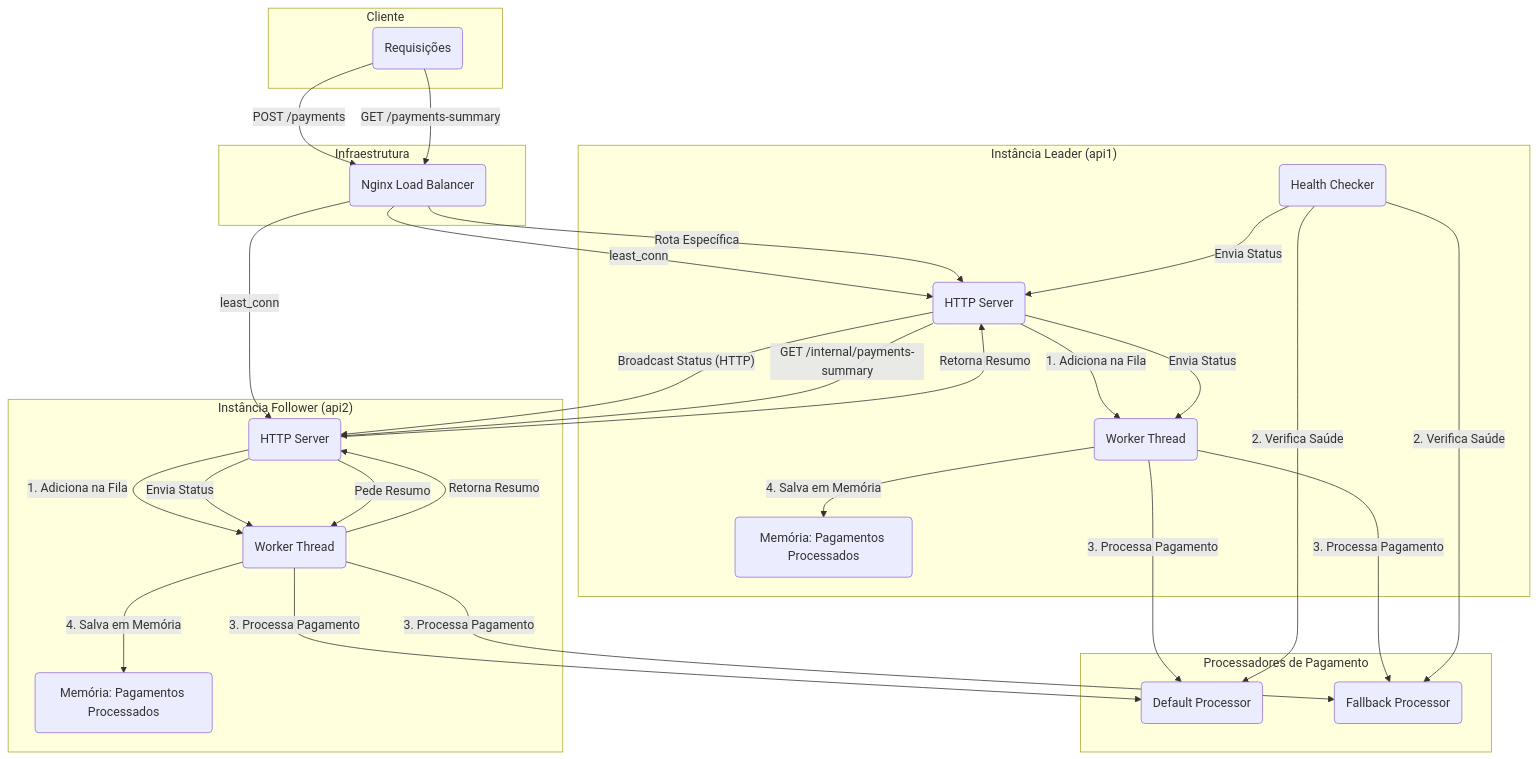
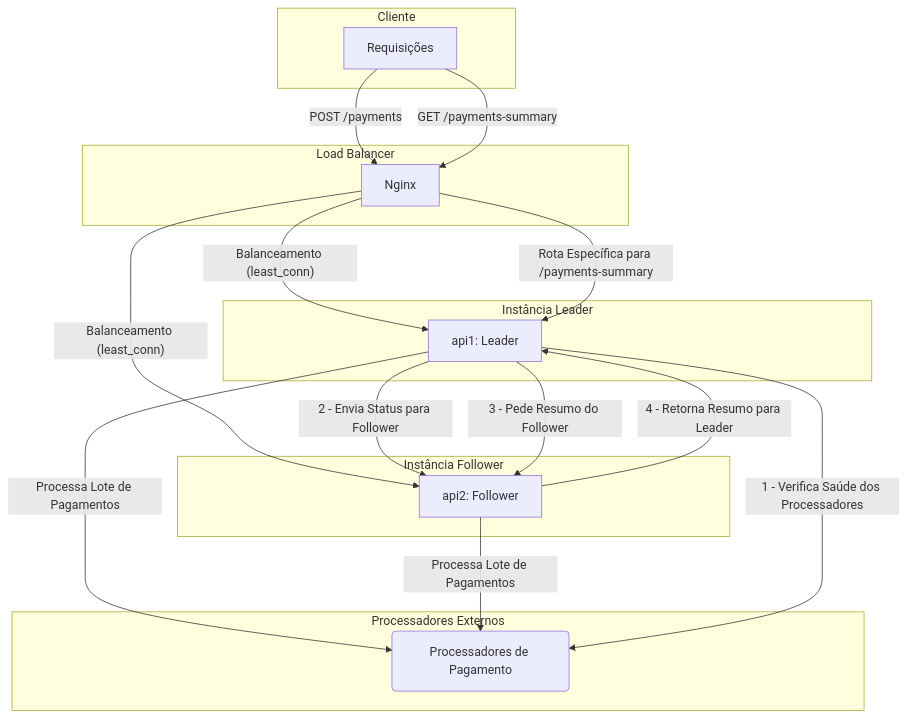
The diagram in README.md (igor-gregori/rinha-de-backend-2025-bun), drawn with Mermaid before and after one commit.

Commit message:
docs: corrige gráfico mermaid

````diff
--- a/README.md
+++ b/README.md
@@ -23,58 +23,38 @@
 ```mermaid
 graph TD
-    subgraph "Cliente"
-        C(Requisições)
+    subgraph Cliente
+        C[Requisições]
     end
 
-    subgraph "Infraestrutura"
-        LB(Nginx Load Balancer)
+    subgraph "Load Balancer"
+        LB[Nginx]
     end
 
-    subgraph "Instância Leader (api1)"
-        HL(HTTP Server)
-        WL(Worker Thread)
-        ML(Memória: Pagamentos Processados)
-        CS(Health Checker)
+    subgraph "Instância Leader"
+        Leader[api1: Leader]
     end
 
-    subgraph "Instância Follower (api2)"
-        HF(HTTP Server)
-        WF(Worker Thread)
-        MF(Memória: Pagamentos Processados)
+    subgraph "Instância Follower"
+        Follower[api2: Follower]
     end
 
-    subgraph "Processadores de Pagamento"
-        P_DEF(Default Processor)
-        P_FALL(Fallback Processor)
+    subgraph "Processadores Externos"
+        Processors(Processadores de Pagamento)
     end
 
     C -- "POST /payments" --> LB
-    LB -- "least_conn" --> HL
-    LB -- "least_conn" --> HF
+    C -- "GET /payments-summary" --> LB
 
-    C -- "GET /payments-summary" --> LB
-    LB -- "Rota Específica" --> HL
+    LB -- "Balanceamento (least_conn)" --> Leader
+    LB -- "Balanceamento (least_conn)" --> Follower
+    LB -- "Rota Específica para /payments-summary" --> Leader
 
-    HL -- "1. Adiciona na Fila" --> WL
-    HF -- "1. Adiciona na Fila" --> WF
+    Leader -- "Processa Lote de Pagamentos" --> Processors
+    Follower -- "Processa Lote de Pagamentos" --> Processors
 
-    WL -- "3. Processa Pagamento" --> P_DEF
-    WL -- "3. Processa Pagamento" --> P_FALL
-    WF -- "3. Processa Pagamento" --> P_DEF
-    WF -- "3. Processa Pagamento" --> P_FALL
+    Leader -- "1 - Verifica Saúde dos Processadores" --> Processors
+    Leader -- "2 - Envia Status para Follower" --> Follower
 
-    WL -- "4. Salva em Memória" --> ML
-    WF -- "4. Salva em Memória" --> MF
-
-    CS -- "2. Verifica Saúde" --> P_DEF
-    CS -- "2. Verifica Saúde" --> P_FALL
-    CS -- "Envia Status" --> HL
-    HL -- "Broadcast Status (HTTP)" --> HF
-    HL -- "Envia Status" --> WL
-    HF -- "Envia Status" --> WF
-
-    HL -- "GET /internal/payments-summary" --> HF
-    HF -- "Pede Resumo" --> WF
-    WF -- "Retorna Resumo" --> HF
-    HF -- "Retorna Resumo" --> HL
+    Leader -- "3 - Pede Resumo do Follower" --> Follower
+    Follower -- "4 - Retorna Resumo para Leader" --> Leader
 ```
````
